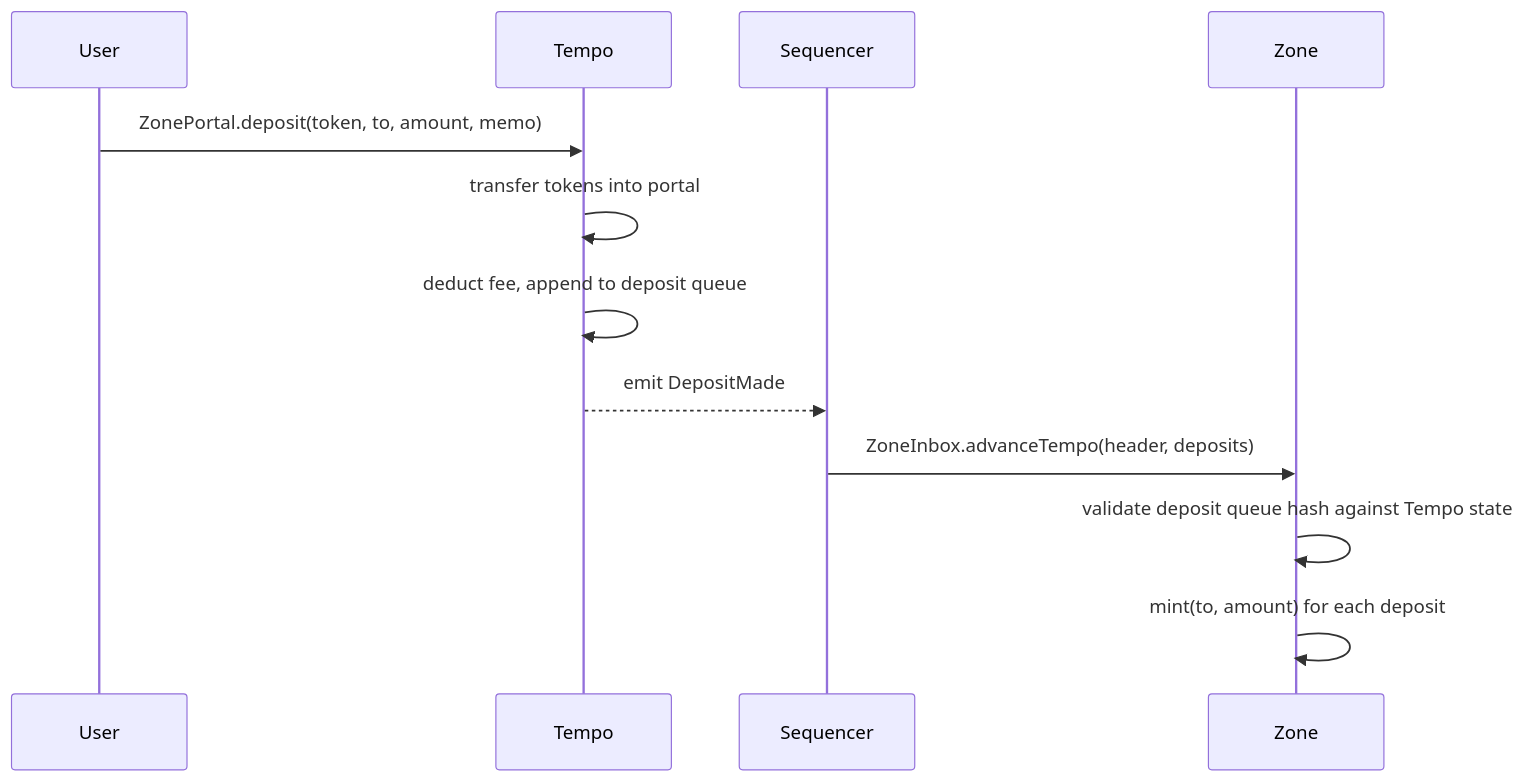
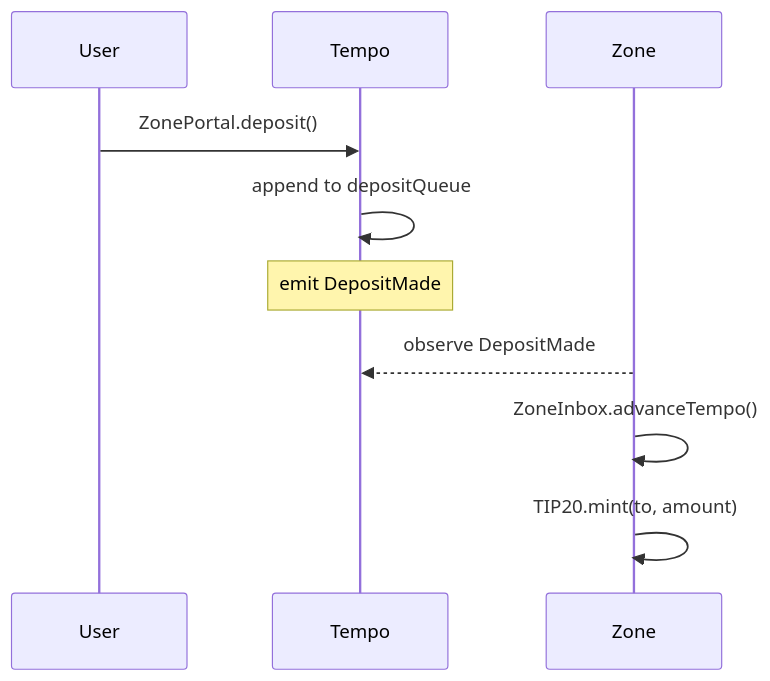
One commit to tempoxyz/zones changed the second of 4 diagrams in docs/specs/zone_spec.md. Above: the diagram before and after it, drawn with Mermaid. The commit also changed other lines of this file, not shown here.

Commit message:
docs: update withdrawal diagram

````diff
--- a/docs/specs/zone_spec.md
+++ b/docs/specs/zone_spec.md
@@ -300,16 +282,13 @@
 ```mermaid
 sequenceDiagram
-    participant User
-    participant Tempo
-    participant Sequencer
-    participant Zone
+    participant U as User
+    participant T as Tempo
+    participant Z as Zone
 
-    User->>Tempo: ZonePortal.deposit(token, to, amount, memo)
-    Tempo->>Tempo: transfer tokens into portal
-    Tempo->>Tempo: deduct fee, append to deposit queue
-    Tempo-->>Sequencer: emit DepositMade
-
-    Sequencer->>Zone: ZoneInbox.advanceTempo(header, deposits)
-    Zone->>Zone: validate deposit queue hash against Tempo state
-    Zone->>Zone: mint(to, amount) for each deposit
+    U->>T: ZonePortal.deposit()
+    T->>T: append to depositQueue
+    Note over T: emit DepositMade
+    Z-->>T: observe DepositMade
+    Z->>Z: ZoneInbox.advanceTempo()
+    Z->>Z: TIP20.mint(to, amount)
 ```
````
